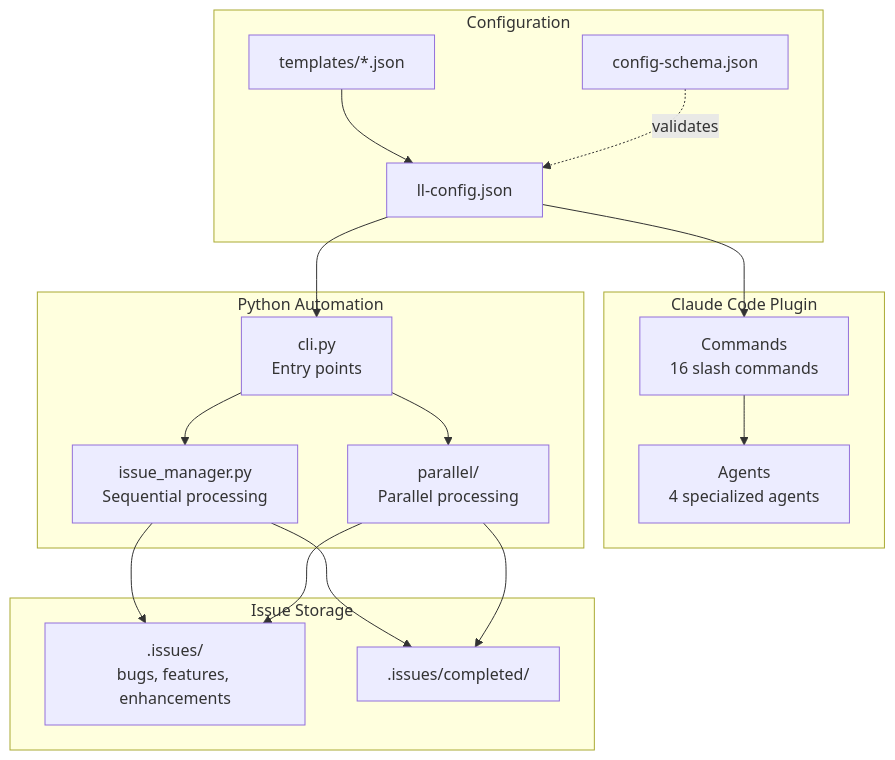
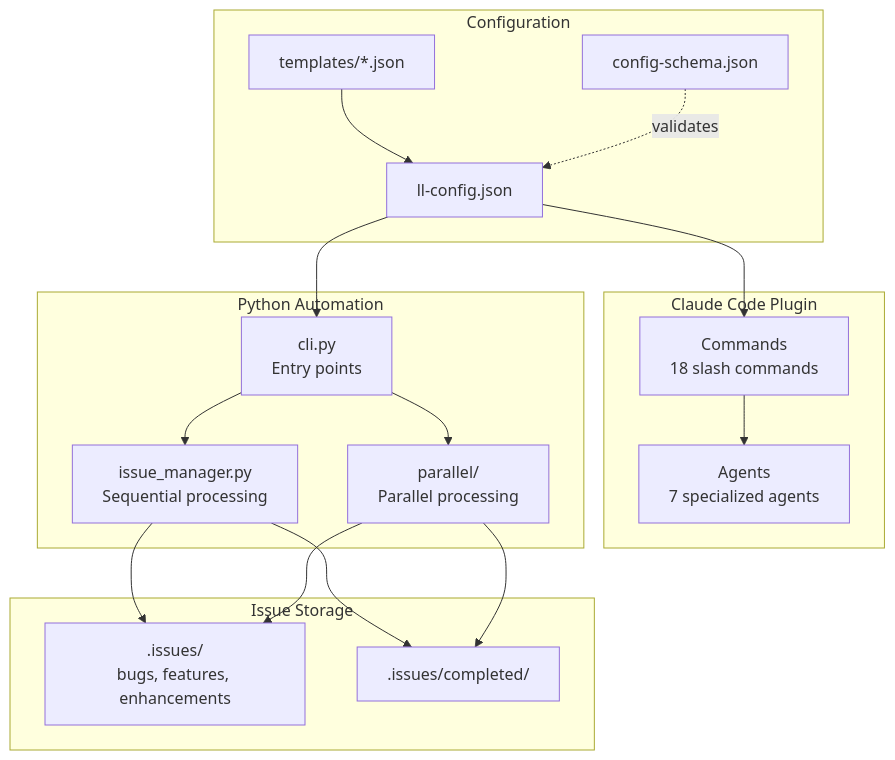
The first of 10 diagrams in docs/ARCHITECTURE.md (BrennonTWilliams/little-loops), drawn with Mermaid before and after one commit. The commit also changed other lines of this file and 7 other files, not shown here.

````diff
--- a/docs/ARCHITECTURE.md
+++ b/docs/ARCHITECTURE.md
@@ -20,36 +20,36 @@
 ```mermaid
 flowchart TB
     subgraph "Claude Code Plugin"
-        CMD[Commands<br/>16 slash commands]
-        AGT[Agents<br/>4 specialized agents]
+        CMD[Commands<br/>18 slash commands]
+        AGT[Agents<br/>7 specialized agents]
     end
 
     subgraph "Configuration"
         CFG[ll-config.json]
         SCHEMA[config-schema.json]
         TPL[templates/*.json]
     end
 
     subgraph "Python Automation"
         CLI[cli.py<br/>Entry points]
         AUTO[issue_manager.py<br/>Sequential processing]
         PARALLEL[parallel/<br/>Parallel processing]
     end
 
     subgraph "Issue Storage"
         ISSUES[.issues/<br/>bugs, features, enhancements]
         COMPLETED[.issues/completed/]
     end
 
     CFG --> CMD
     TPL --> CFG
     SCHEMA -.->|validates| CFG
     CFG --> CLI
     CMD --> AGT
     CLI --> AUTO
     CLI --> PARALLEL
     AUTO --> ISSUES
     PARALLEL --> ISSUES
     AUTO --> COMPLETED
     PARALLEL --> COMPLETED
 ```
````
